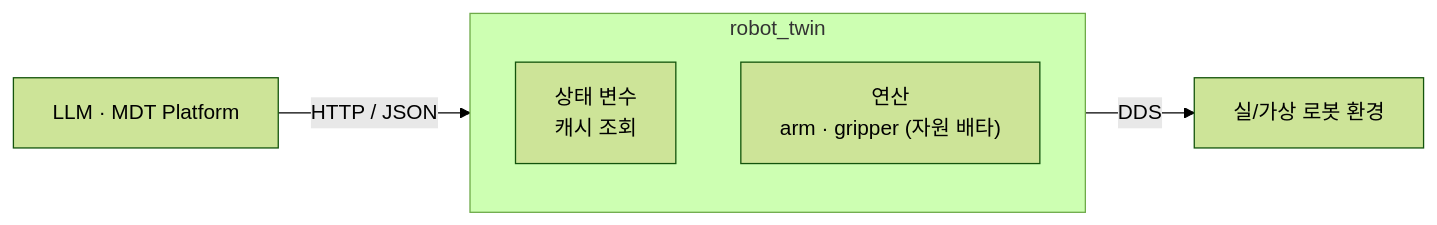
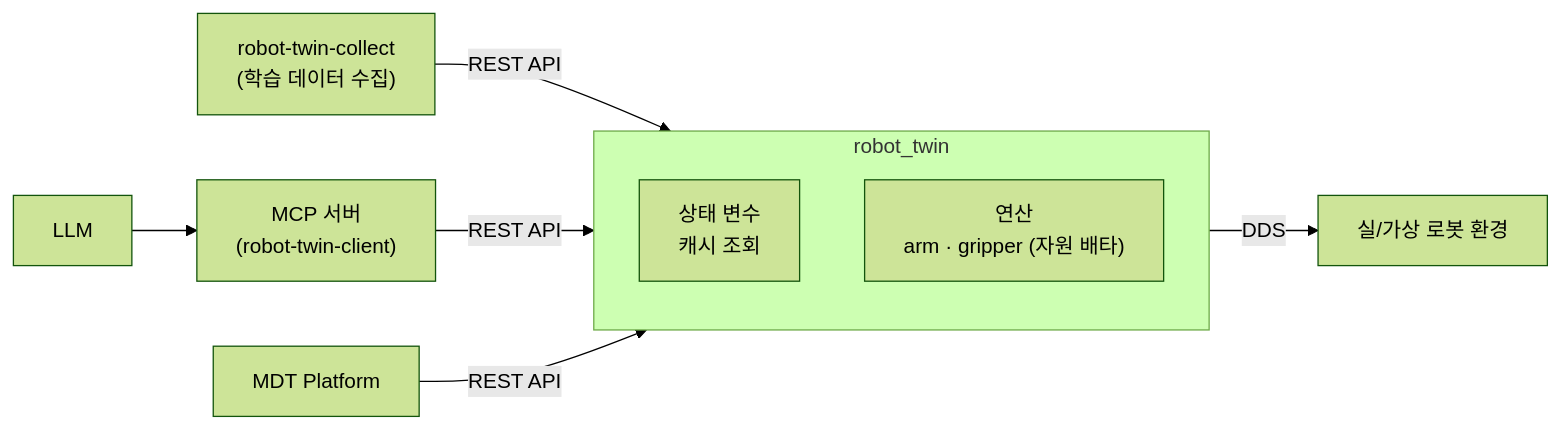
Before and after one commit to kwlee0220/rdfp_ws: the sixth of 10 diagrams in docs/rdfp_프레임워크_전체_구조와_설계.md, drawn with Mermaid (forest theme). The commit also changed other lines of this file and 32 other files, not shown here.

````diff
--- a/docs/rdfp_프레임워크_전체_구조와_설계.md
+++ b/docs/rdfp_프레임워크_전체_구조와_설계.md
@@ -406,12 +339,15 @@
 ```mermaid
 flowchart LR
-    LLM["LLM · MDT Platform"] -->|HTTP / JSON| TW
+    COL["robot-twin-collect<br/>(학습 데이터 수집)"] -->|"REST API"| TW
+    LLM["LLM"] --> MCP["MCP 서버<br/>(robot-twin-client)"]
+    MCP -->|"REST API"| TW
+    MDT["MDT Platform"] -->|"REST API"| TW
 
     subgraph TW["robot_twin"]
         direction TB
         V["상태 변수<br/>캐시 조회"]
         O["연산<br/>arm · gripper (자원 배타)"]
     end
 
     TW -->|DDS| ENV["실/가상 로봇 환경"]
 ```
````
